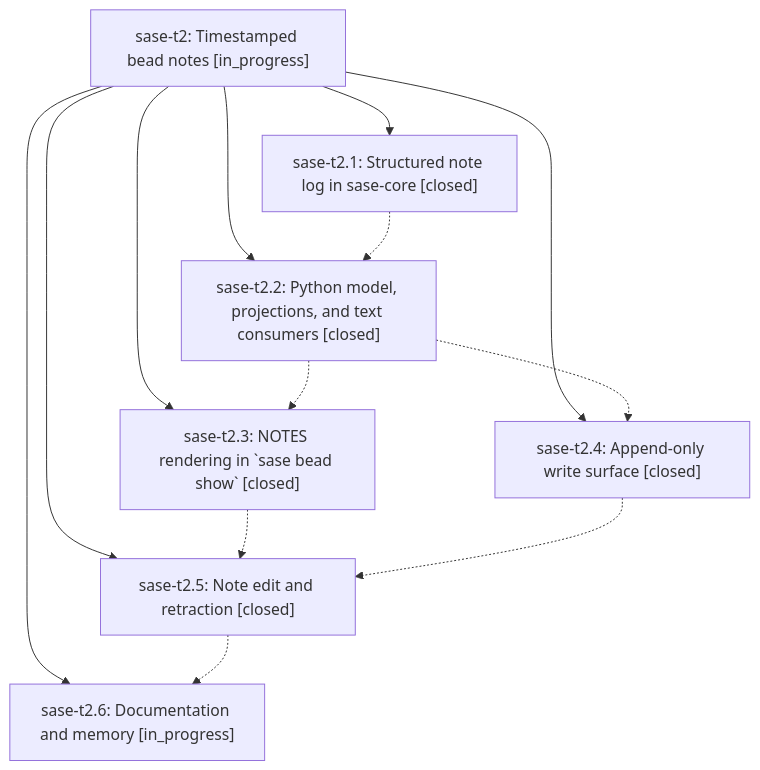
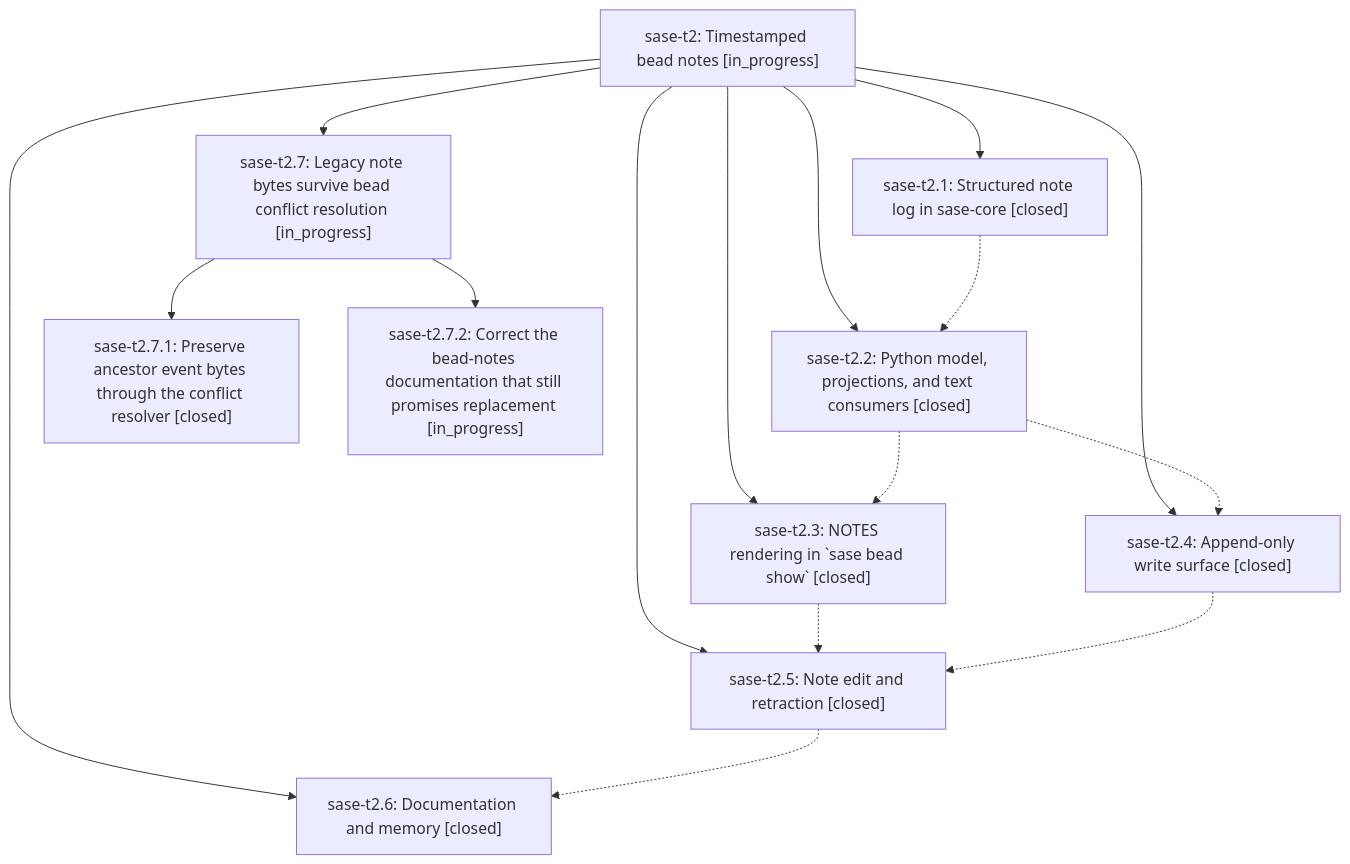
Before and after one commit to sase-org/sase--beads: the diagram in pages/sase-t2/README.md, drawn with Mermaid. The commit also changed other lines of this file and 5 other files, not shown here.

First line of the commit message:
chore(beads): sync bead state and pages for sase-t2

````diff
--- a/pages/sase-t2/README.md
+++ b/pages/sase-t2/README.md
@@ -43,22 +56,28 @@
 ```mermaid
 flowchart TD
     n0["sase-t2: Timestamped bead notes [in_progress]"]
     n1["sase-t2.1: Structured note log in sase-core [closed]"]
     n2["sase-t2.2: Python model, projections, and text consumers [closed]"]
     n3["sase-t2.3: NOTES rendering in `sase bead show` [closed]"]
     n4["sase-t2.4: Append-only write surface [closed]"]
     n5["sase-t2.5: Note edit and retraction [closed]"]
-    n6["sase-t2.6: Documentation and memory [in_progress]"]
+    n6["sase-t2.6: Documentation and memory [closed]"]
+    n7["sase-t2.7: Legacy note bytes survive bead conflict resolution [in_progress]"]
+    n8["sase-t2.7.1: Preserve ancestor event bytes through the conflict resolver [closed]"]
+    n9["sase-t2.7.2: Correct the bead-notes documentation that still promises replacement [in_progress]"]
     n0 --> n1
     n0 --> n2
     n0 --> n3
     n0 --> n4
     n0 --> n5
     n0 --> n6
+    n0 --> n7
+    n7 --> n8
+    n7 --> n9
     n1 -.-> n2
     n2 -.-> n3
     n2 -.-> n4
     n3 -.-> n5
     n4 -.-> n5
     n5 -.-> n6
 ```
````
